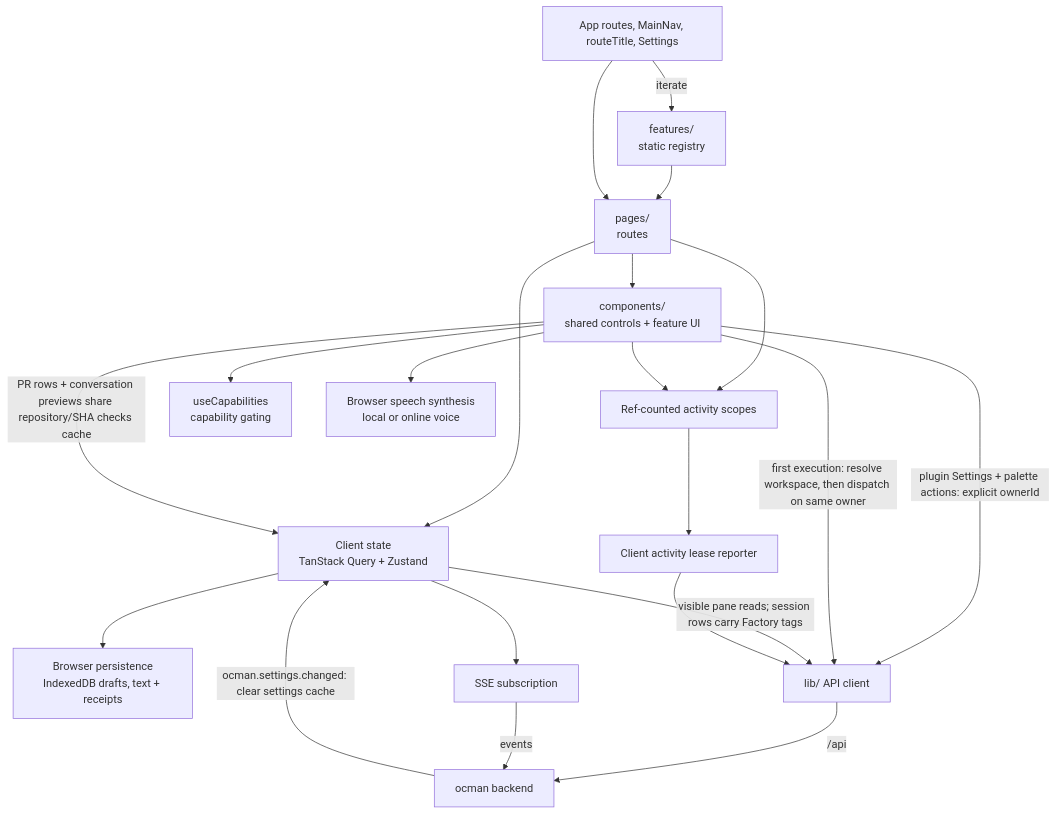
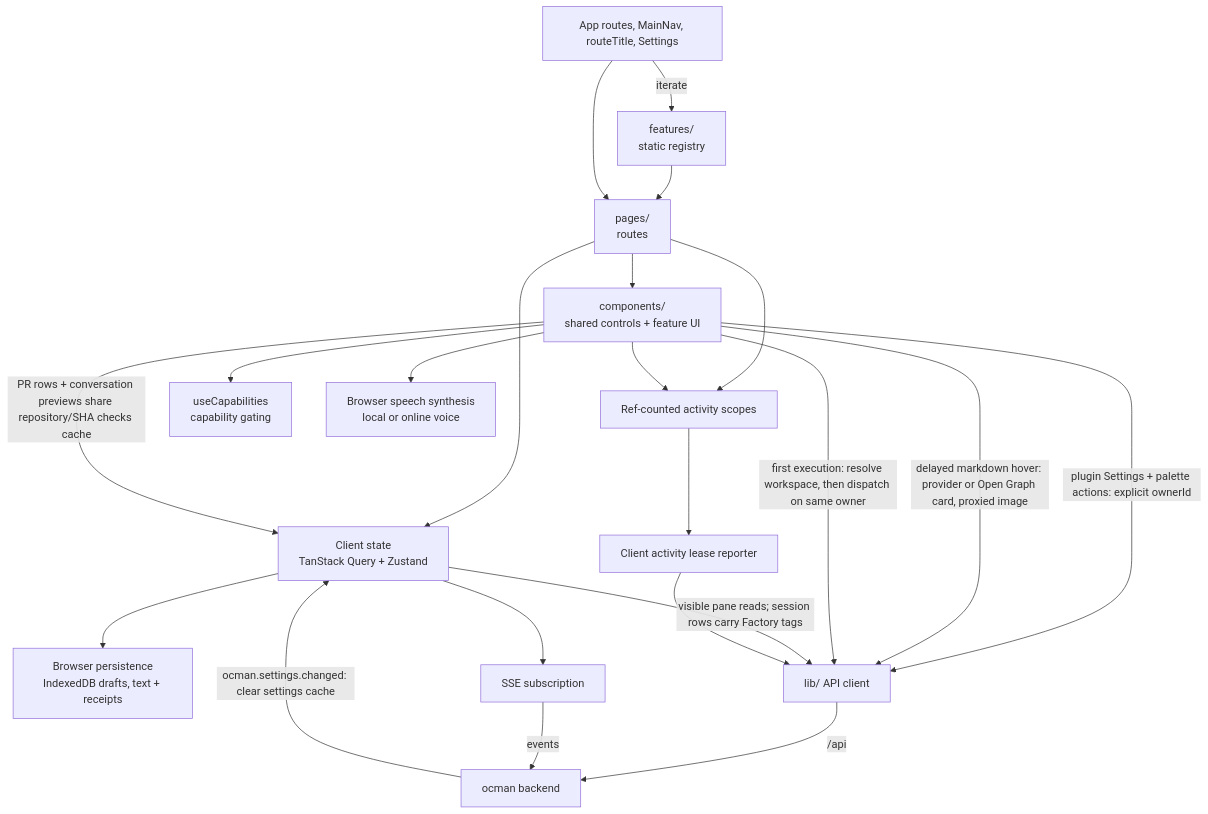
The fourth of 5 diagrams in docs/other/architecture.md (ocman/ocman), drawn with Mermaid before and after one commit. The commit also changed other lines of this file and 16 other files, not shown here.

Commit message:
feat(previews): add delayed markdown popovers with Open Graph

````diff
--- a/docs/other/architecture.md
+++ b/docs/other/architecture.md
@@ -811,23 +825,24 @@
 ```mermaid
 flowchart TD
     Shell[App routes, MainNav, routeTitle, Settings] -->|iterate| Features[features/<br/>static registry]
     Features --> Pages
     Shell --> Pages
     Pages[pages/<br/>routes] --> Comp[components/<br/>shared controls + feature UI]
     Pages --> Stores[Client state<br/>TanStack Query + Zustand]
     Stores --> Persistence[Browser persistence<br/>IndexedDB drafts, text + receipts]
     Comp -->|PR rows + conversation previews share repository/SHA checks cache| Stores
     Comp -->|plugin Settings + palette actions: explicit ownerId| API
+    Comp -->|delayed markdown hover: provider or Open Graph card, proxied image| API
     Comp -->|first execution: resolve workspace, then dispatch on same owner| API
     Stores -->|visible pane reads; session rows carry Factory tags| API[lib/ API client]
     Stores --> SSE[SSE subscription]
     Pages --> Scopes[Ref-counted activity scopes]
     Comp --> Scopes
     Scopes --> Reporter[Client activity lease reporter]
     Reporter --> API
     API -->|/api| Hub[ocman backend]
     SSE -->|events| Hub
     Hub -->|ocman.settings.changed: clear settings cache| Stores
     Comp --> Caps[useCapabilities<br/>capability gating]
     Comp --> Speech[Browser speech synthesis<br/>local or online voice]
 ```
````
